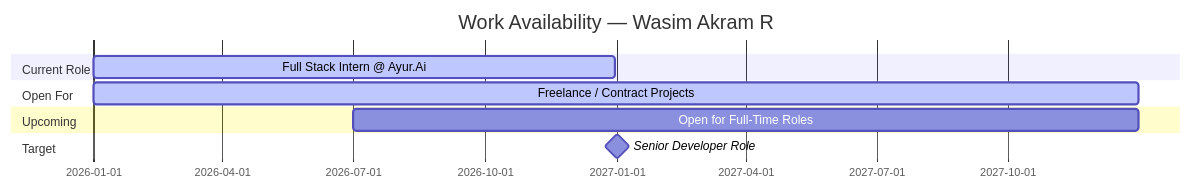
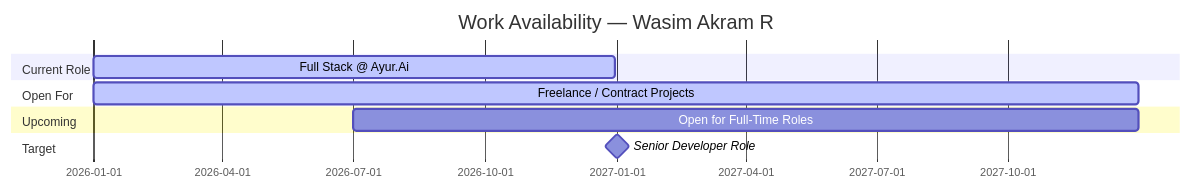
The diagram in README.md (Wasim030/Wasim030), drawn with Mermaid before and after one commit.

````diff
--- a/README.md
+++ b/README.md
@@ -203,13 +203,13 @@
 ```mermaid
 gantt
     title Work Availability — Wasim Akram R
     dateFormat YYYY-MM-DD
     section Current Role
-    Full Stack Intern @ Ayur.Ai         :active, intern, 2026-01-01, 2026-12-31
+    Full Stack @ Ayur.Ai         :active, intern, 2026-01-01, 2026-12-31
     section Open For
     Freelance / Contract Projects       :active, freelance, 2026-01-01, 2027-12-31
     section Upcoming
     Open for Full-Time Roles            :fulltime, 2026-07-01, 2027-12-31
     section Target
     Senior Developer Role               :milestone, 2027-01-01, 0d
 ```
````
